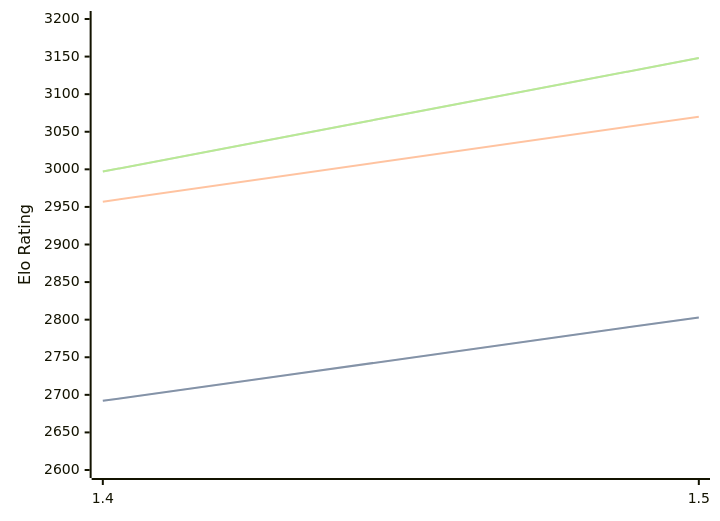
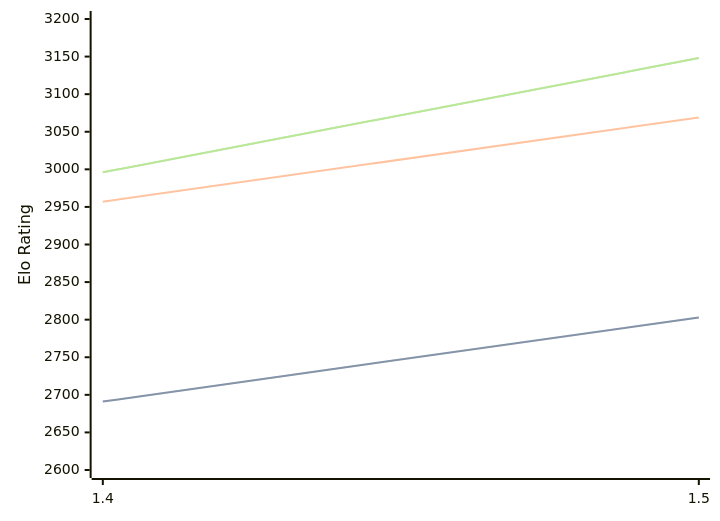
One commit to computer-chess-index/cci changed the diagram in engines/Yakka.md. Above: the diagram before and after it, drawn with Mermaid. The commit also changed other lines of this file, not shown here.

Commit message:
Update CCI Ratings (ELO VLTC) - 2026-04-28

````diff
--- a/engines/Yakka.md
+++ b/engines/Yakka.md
@@ -36,11 +36,11 @@
 ```mermaid
 %%{init: {"theme":"base","themeVariables":{"seriesColors:['#a3a3a3','#222221','#faa371']}}}%%
 xychart-beta
   x-axis ["1.4", "1.5"]
   y-axis "Elo Rating" 2600 --> 3200
-  line "STC (8.0+0.08s)" [2692, 2803]
-  line "STC (8.0+0.08s)" [2692, 2803]
-  line "LTC (60.0+0.60s)" [2957, 3070]
-  line "VLTC (2m24s+1.12s)" [2997, 3148]
-  line "VLTC (2m24s+1.12s)" [2997, 3148]
+  line "STC (8.0+0.08s)" [2691, 2803]
+  line "STC (8.0+0.08s)" [2691, 2803]
+  line "LTC (60.0+0.60s)" [2957, 3069]
+  line "VLTC (2m24s+1.12s)" [2996, 3148]
+  line "VLTC (2m24s+1.12s)" [2996, 3148]
 ```
````
